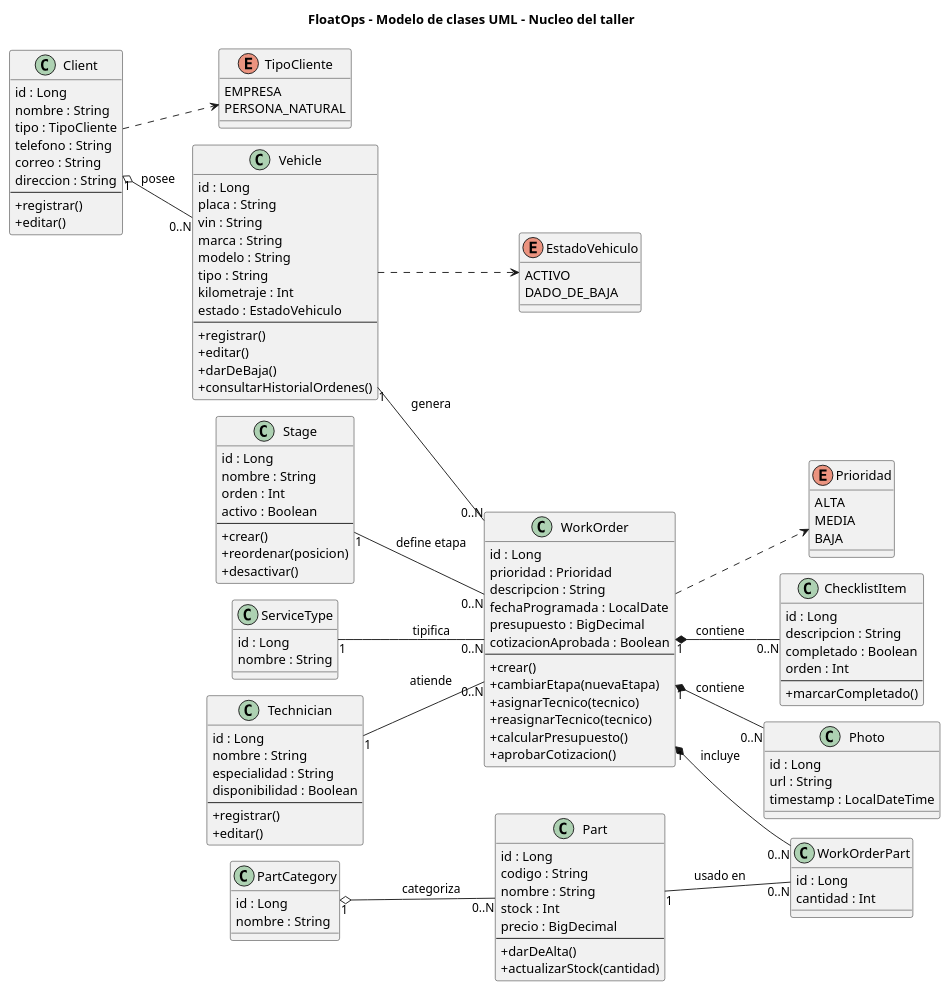
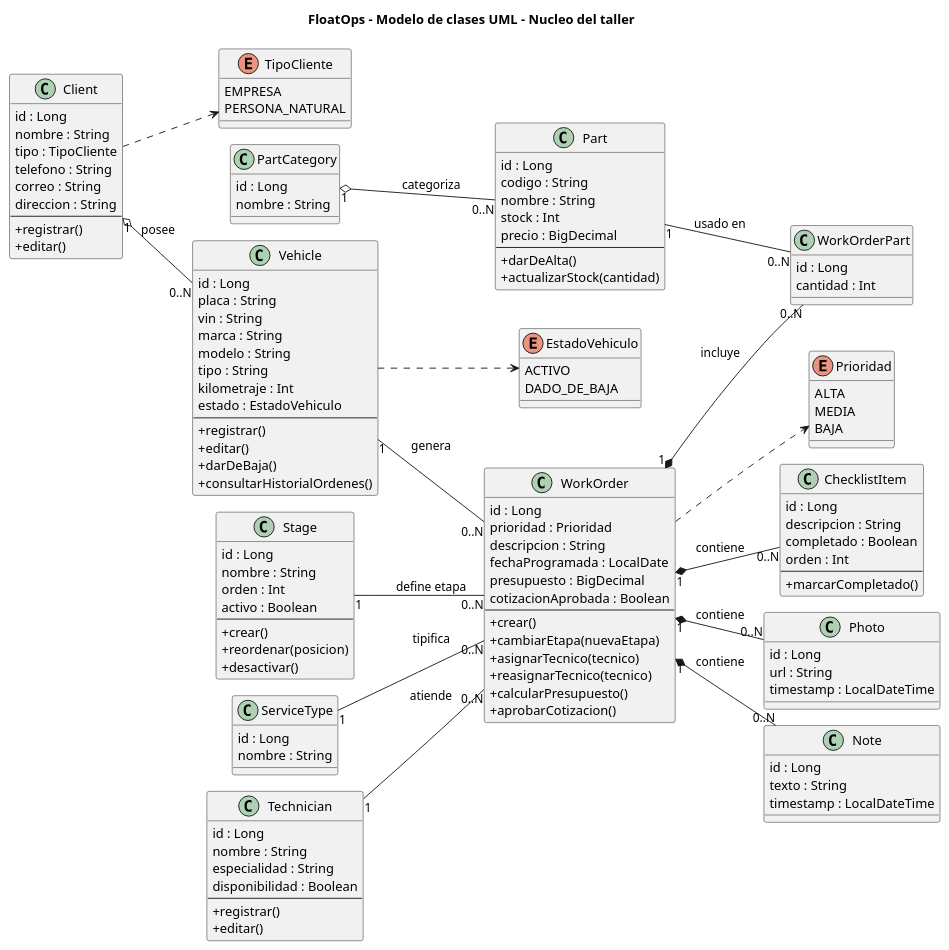
One commit to 11D4RKM4N13/FloatOps changed the diagram in Architecture/modelo-clases-nucleo.plantuml. Above: the diagram before and after it, drawn with PlantUML. The commit also changed 37 other files, not shown here.

```diff
--- a/Architecture/modelo-clases-nucleo.plantuml
+++ b/Architecture/modelo-clases-nucleo.plantuml
@@ -1,145 +1,152 @@
 @startuml modelo-clases-nucleo
 !pragma layout smetana
 skinparam classAttributeIconSize 0
 left to right direction
 
 title FloatOps - Modelo de clases UML - Nucleo del taller
 
 enum TipoCliente {
   EMPRESA
   PERSONA_NATURAL
 }
 
 enum EstadoVehiculo {
   ACTIVO
   DADO_DE_BAJA
 }
 
 enum Prioridad {
   ALTA
   MEDIA
   BAJA
 }
 
 class Client {
   id : Long
   nombre : String
   tipo : TipoCliente
   telefono : String
   correo : String
   direccion : String
   --
   + registrar()
   + editar()
 }
 
 class Vehicle {
   id : Long
   placa : String
   vin : String
   marca : String
   modelo : String
   tipo : String
   kilometraje : Int
   estado : EstadoVehiculo
   --
   + registrar()
   + editar()
   + darDeBaja()
   + consultarHistorialOrdenes()
 }
 
 class WorkOrder {
   id : Long
   prioridad : Prioridad
   descripcion : String
   fechaProgramada : LocalDate
   presupuesto : BigDecimal
   cotizacionAprobada : Boolean
   --
   + crear()
   + cambiarEtapa(nuevaEtapa)
   + asignarTecnico(tecnico)
   + reasignarTecnico(tecnico)
   + calcularPresupuesto()
   + aprobarCotizacion()
 }
 
 class Technician {
   id : Long
   nombre : String
   especialidad : String
   disponibilidad : Boolean
   --
   + registrar()
   + editar()
 }
 
 class Stage {
   id : Long
   nombre : String
   orden : Int
   activo : Boolean
   --
   + crear()
   + reordenar(posicion)
   + desactivar()
 }
 
 class ChecklistItem {
   id : Long
   descripcion : String
   completado : Boolean
   orden : Int
   --
   + marcarCompletado()
 }
 
 class Photo {
   id : Long
   url : String
   timestamp : LocalDateTime
 }
 
+class Note {
+  id : Long
+  texto : String
+  timestamp : LocalDateTime
+}
+
 class Part {
   id : Long
   codigo : String
   nombre : String
   stock : Int
   precio : BigDecimal
   --
   + darDeAlta()
   + actualizarStock(cantidad)
 }
 
 class WorkOrderPart {
   id : Long
   cantidad : Int
 }
 
 class ServiceType {
   id : Long
   nombre : String
 }
 
 class PartCategory {
   id : Long
   nombre : String
 }
 
 Client "1" o-- "0..N" Vehicle : posee
 Vehicle "1" -- "0..N" WorkOrder : genera
 Technician "1" -- "0..N" WorkOrder : atiende
 Stage "1" -- "0..N" WorkOrder : define etapa
 ServiceType "1" -- "0..N" WorkOrder : tipifica
 WorkOrder "1" *-- "0..N" ChecklistItem : contiene
 WorkOrder "1" *-- "0..N" Photo : contiene
+WorkOrder "1" *-- "0..N" Note : contiene
 WorkOrder "1" *-- "0..N" WorkOrderPart : incluye
 Part "1" -- "0..N" WorkOrderPart : usado en
 PartCategory "1" o-- "0..N" Part : categoriza
 
 Client ..> TipoCliente
 Vehicle ..> EstadoVehiculo
 WorkOrder ..> Prioridad
 
 @enduml
```
